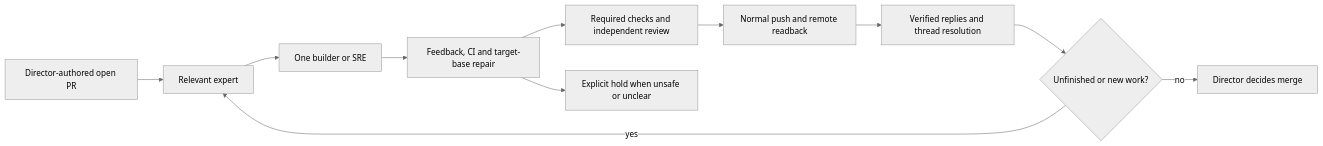
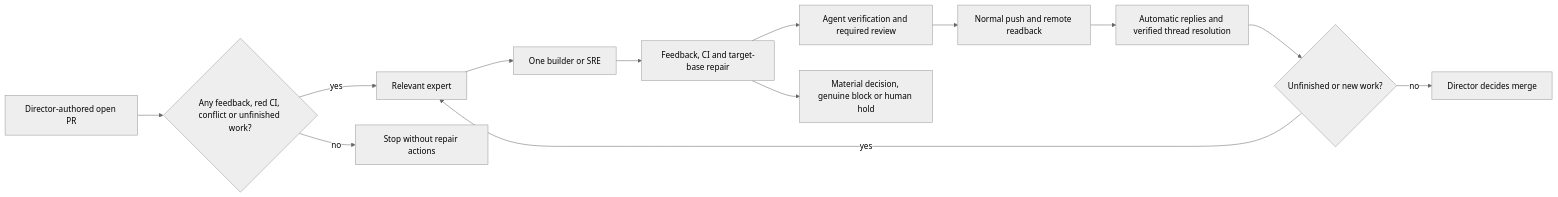
One commit to Zhachory1/docs changed the diagram in projects/paperclip-pr-maintenance/prd.md. Above: the diagram before and after it, drawn with Mermaid (neutral theme). The commit also changed other lines of this file, not shown here.

````diff
--- a/projects/paperclip-pr-maintenance/prd.md
+++ b/projects/paperclip-pr-maintenance/prd.md
@@ -85,13 +105,15 @@
 ```mermaid
 flowchart LR
-    PR["Director-authored open PR"] --> Expert["Relevant expert"]
+    PR["Director-authored open PR"] --> Work{"Any feedback, red CI, conflict or unfinished work?"}
+    Work -->|yes| Expert["Relevant expert"]
+    Work -->|no| Idle["Stop without repair actions"]
     Expert --> Writer["One builder or SRE"]
     Writer --> Repair["Feedback, CI and target-base repair"]
-    Repair --> Check["Required checks and independent review"]
+    Repair --> Check["Agent verification and required review"]
     Check --> Push["Normal push and remote readback"]
-    Push --> Reply["Verified replies and thread resolution"]
+    Push --> Reply["Automatic replies and verified thread resolution"]
     Reply --> Pending{"Unfinished or new work?"}
     Pending -->|yes| Expert
     Pending -->|no| Human["Director decides merge"]
-    Repair --> Hold["Explicit hold when unsafe or unclear"]
+    Repair --> Hold["Material decision, genuine block or human hold"]
 ```
````
